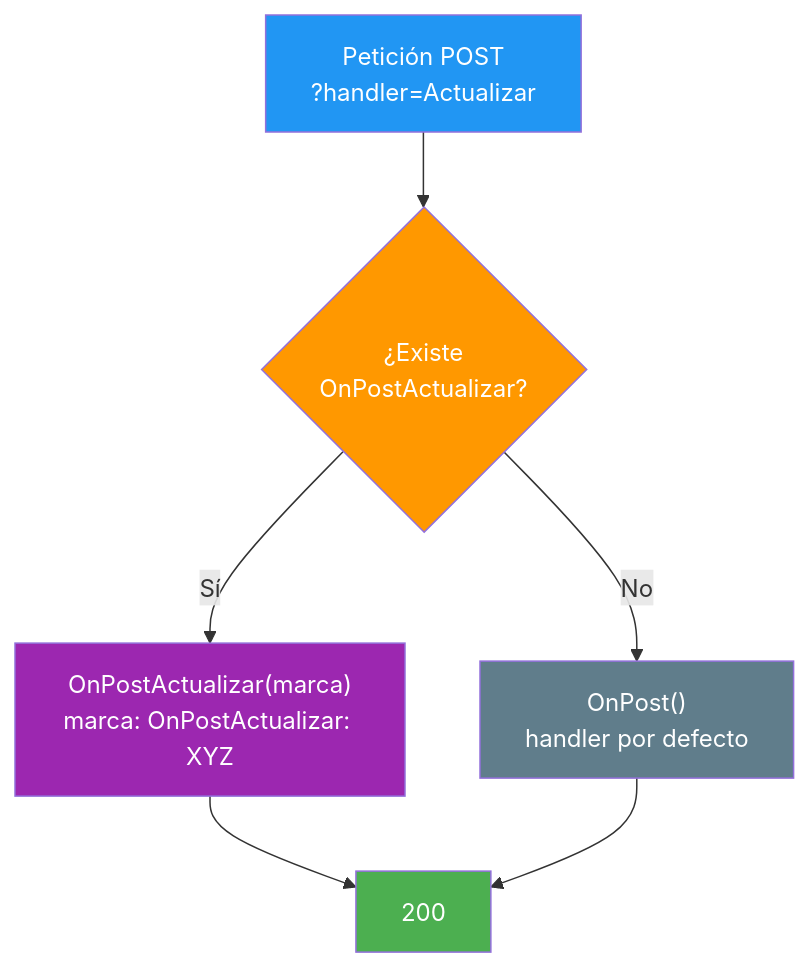
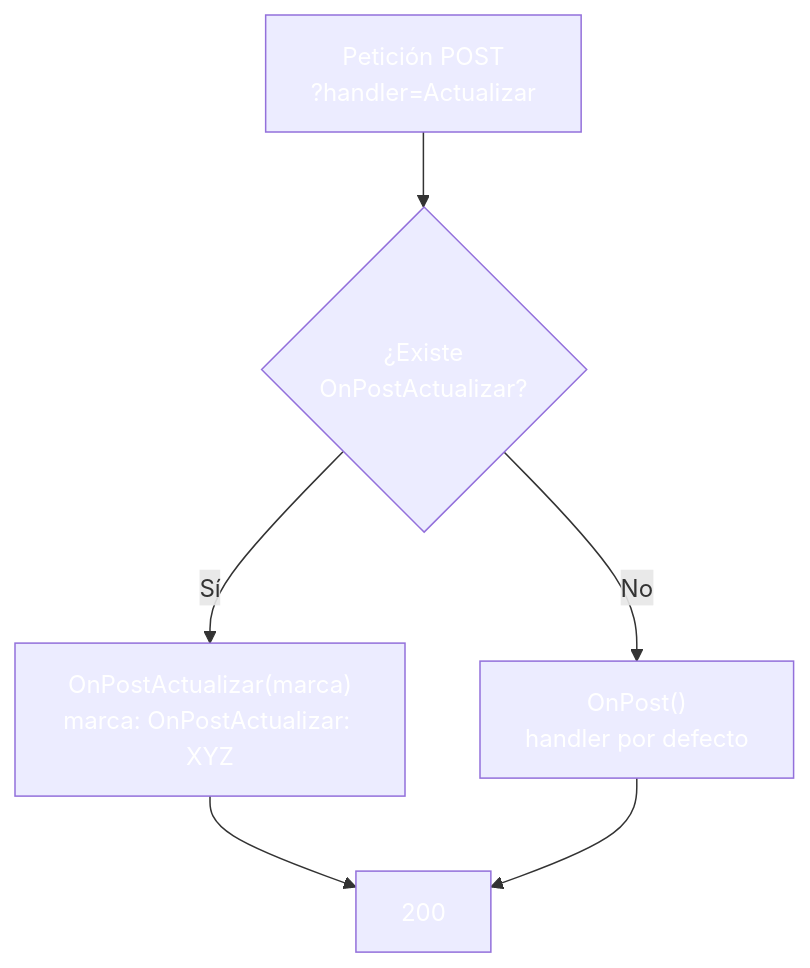
One commit to joseluisgs/DesarrolloWebEntornosServidor-03-2026-2027 changed the fourth of 4 diagrams in 11-razorpages-pagemodel-handlers.md. Above: the diagram before and after it, drawn with Mermaid. The commit also changed other lines of this file and 30 other files, not shown here.

````diff
--- a/11-razorpages-pagemodel-handlers.md
+++ b/11-razorpages-pagemodel-handlers.md
@@ -281,13 +281,13 @@
 ```mermaid
 graph TD
     A["Petición POST<br/>?handler=Actualizar"] --> B{"¿Existe<br/>OnPostActualizar?"}
     B -->|Sí| C["OnPostActualizar(marca)<br/>marca: OnPostActualizar: XYZ"]
     B -->|No| D["OnPost()<br/>handler por defecto"]
     C --> E["200"]
     D --> E
-    style A fill:#2196F3,color:#fff
-    style B fill:#FF9800,color:#fff
-    style C fill:#9C27B0,color:#fff
-    style D fill:#607D8B,color:#fff
-    style E fill:#4CAF50,color:#fff
+    style A fill:#2196F,color:#fff3,color:#fff
+    style B fill:#FF980,color:#fff0,color:#fff
+    style C fill:#9C27B,color:#fff0,color:#fff
+    style D fill:#607D8,color:#fffB,color:#fff
+    style E fill:#4CAF5,color:#fff0,color:#fff
 ```
````
